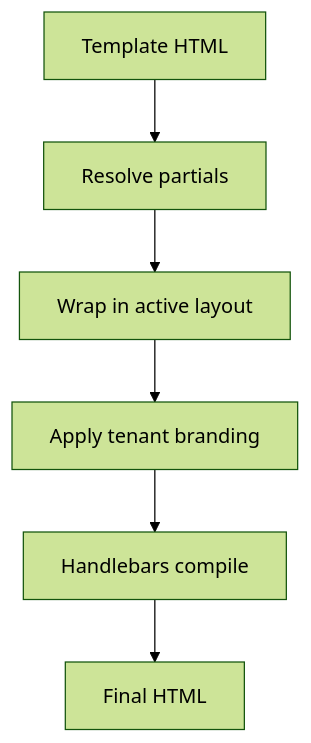
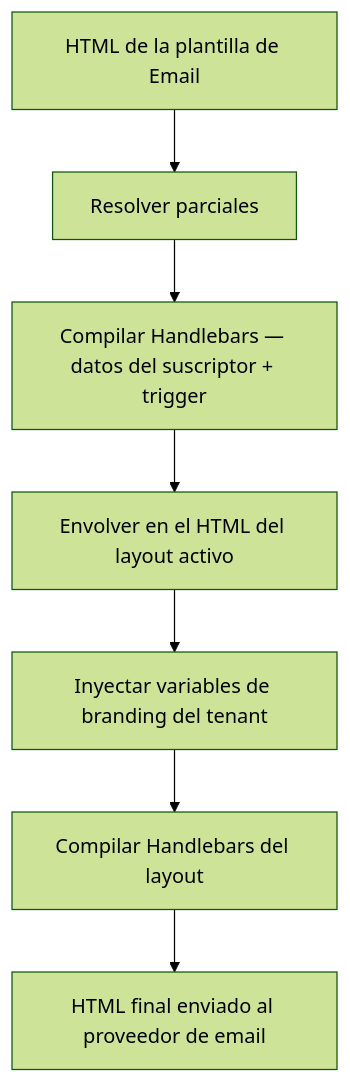
The diagram in content/docs/es/platform/features/email-layouts.mdx (KriyanshKhunt/nexus_docs), drawn with Mermaid (forest theme) before and after one commit. The commit also changed other lines of this file and 29 other files, not shown here.

````diff
--- a/content/docs/es/platform/features/email-layouts.mdx
+++ b/content/docs/es/platform/features/email-layouts.mdx
@@ -44,8 +83,9 @@
 ```mermaid
 flowchart TD
-  T[Template HTML] --> P[Resolve partials]
-  P --> L[Wrap in active layout]
-  L --> B[Apply tenant branding]
-  B --> H[Handlebars compile]
-  H --> Out[Final HTML]
+  T[HTML de la plantilla de Email] --> P[Resolver parciales]
+  P --> C[Compilar Handlebars — datos del suscriptor + trigger]
+  C --> L[Envolver en el HTML del layout activo]
+  L --> B[Inyectar variables de branding del tenant]
+  B --> H[Compilar Handlebars del layout]
+  H --> Out[HTML final enviado al proveedor de email]
 ```
````
